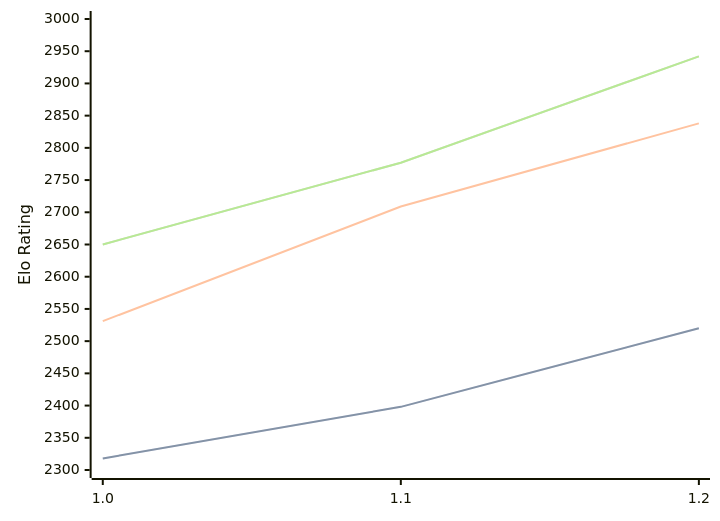
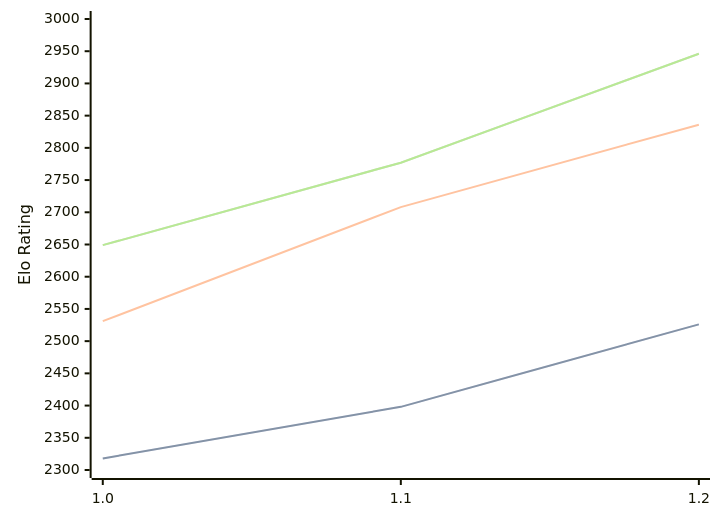
The diagram in engines/FoxChess.md (computer-chess-index/cci), drawn with Mermaid before and after one commit. The commit also changed other lines of this file, not shown here.

Commit message:
Update CCI Ratings (ELO VLTC) - 2026-09-03

````diff
--- a/engines/FoxChess.md
+++ b/engines/FoxChess.md
@@ -33,11 +33,11 @@
 ```mermaid
 %%{init: {"theme":"base","themeVariables":{"seriesColors:['#a3a3a3','#222221','#faa371']}}}%%
 xychart-beta
   x-axis ["1.0", "1.1", "1.2"]
   y-axis "Elo Rating" 2300 --> 3000
-  line "" [2318, 2398, 2520]
-  line "STC (8.0+0.08s)" [2318, 2398, 2520]
-  line "LTC (60.0+0.60s)" [2531, 2709, 2838]
-  line "" [2650, 2777, 2942]
-  line "VLTC (2m24s+1.12s)" [2650, 2777, 2942]
+  line "" [2318, 2398, 2526]
+  line "STC (8.0+0.08s)" [2318, 2398, 2526]
+  line "LTC (60.0+0.60s)" [2531, 2708, 2836]
+  line "" [2649, 2777, 2946]
+  line "VLTC (2m24s+1.12s)" [2649, 2777, 2946]
 ```
````
